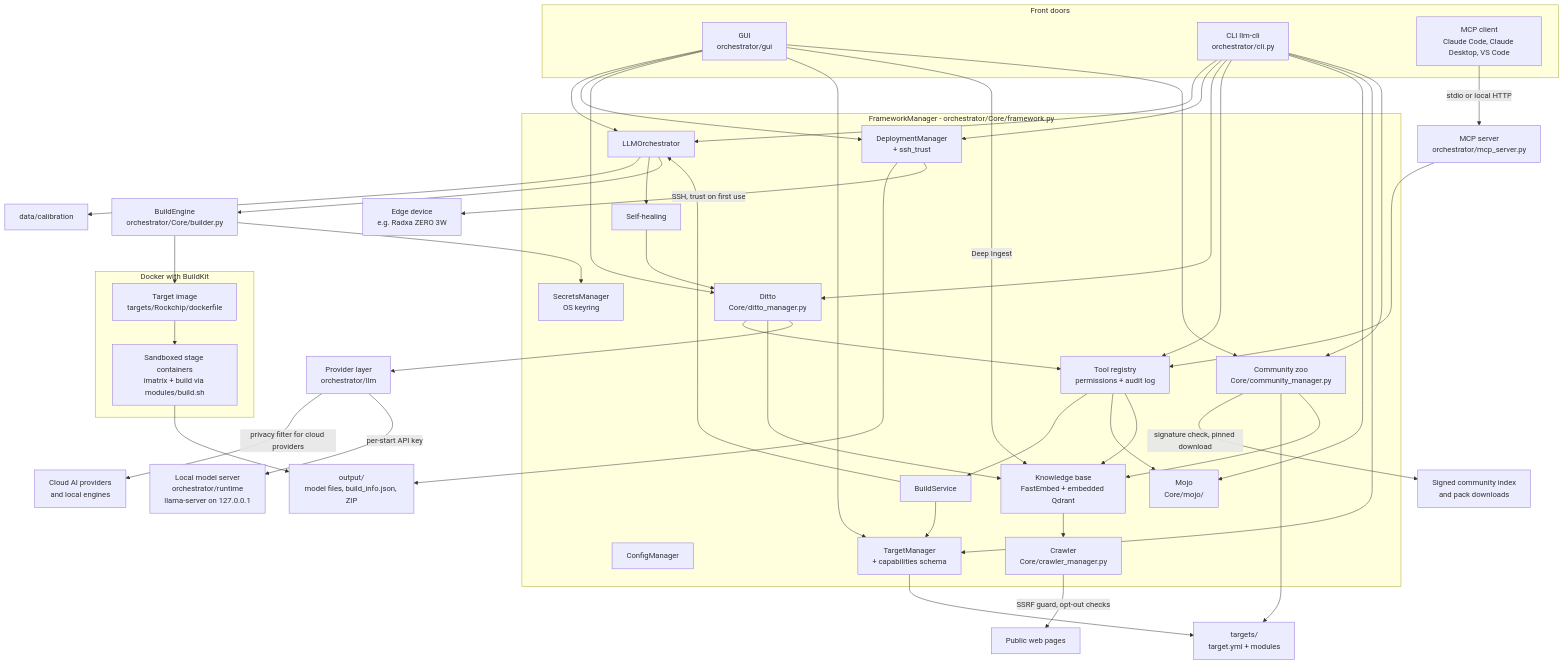
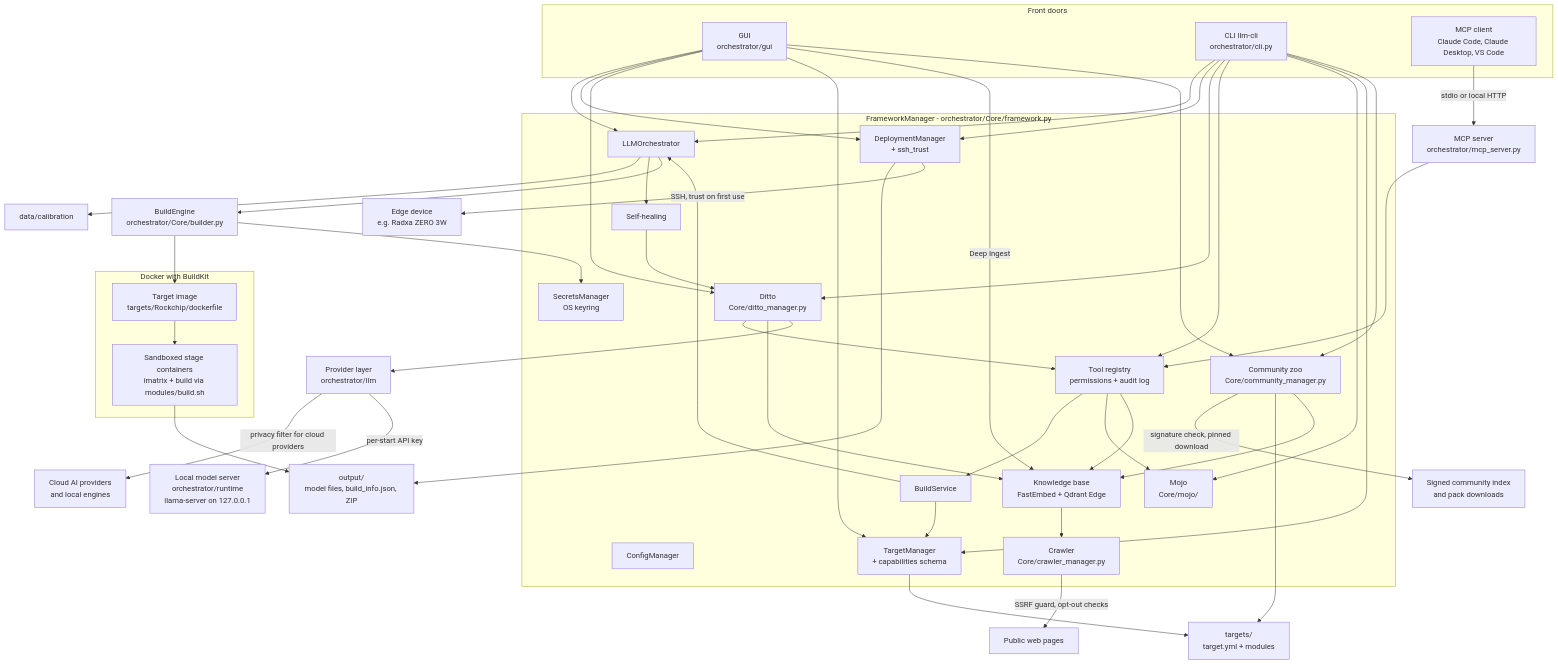
Before and after one commit to Smilez1985/LLM_Cross-Compiler_Framework: the first of 2 diagrams in docs/BLUEPRINT.md, drawn with Mermaid. The commit also changed other lines of this file and 34 other files, not shown here.

```diff
--- a/docs/BLUEPRINT.md
+++ b/docs/BLUEPRINT.md
@@ -95,7 +95,7 @@
         ORC["LLMOrchestrator"]
         HEAL["Self-healing"]
         DITTO["Ditto<br/>Core/ditto_manager.py"]
-        RAG["Knowledge base<br/>FastEmbed + embedded Qdrant"]
+        RAG["Knowledge base<br/>FastEmbed + Qdrant Edge"]
         CRAWL["Crawler<br/>Core/crawler_manager.py"]
         ZOO["Community zoo<br/>Core/community_manager.py"]
         DOC["Mojo<br/>Core/mojo/"]
```
